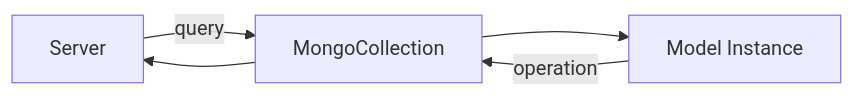
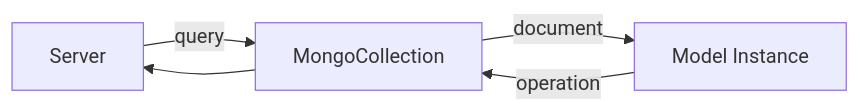
Before and after one commit to neisanworks/neisan-mongo: the third of 3 diagrams in src/v2/README.md, drawn with Mermaid. The commit also changed other lines of this file, not shown here.

````diff
--- a/src/v2/README.md
+++ b/src/v2/README.md
@@ -192,4 +184,4 @@
 ```mermaid
 graph LR
-A[Server] --> |query| B[MongoCollection] --> C[Model Instance] --> |operation| B --> A
+A[Server] --> |query| B[MongoCollection] --> |document| C[Model Instance] --> |operation| B --> A
 ```
````
